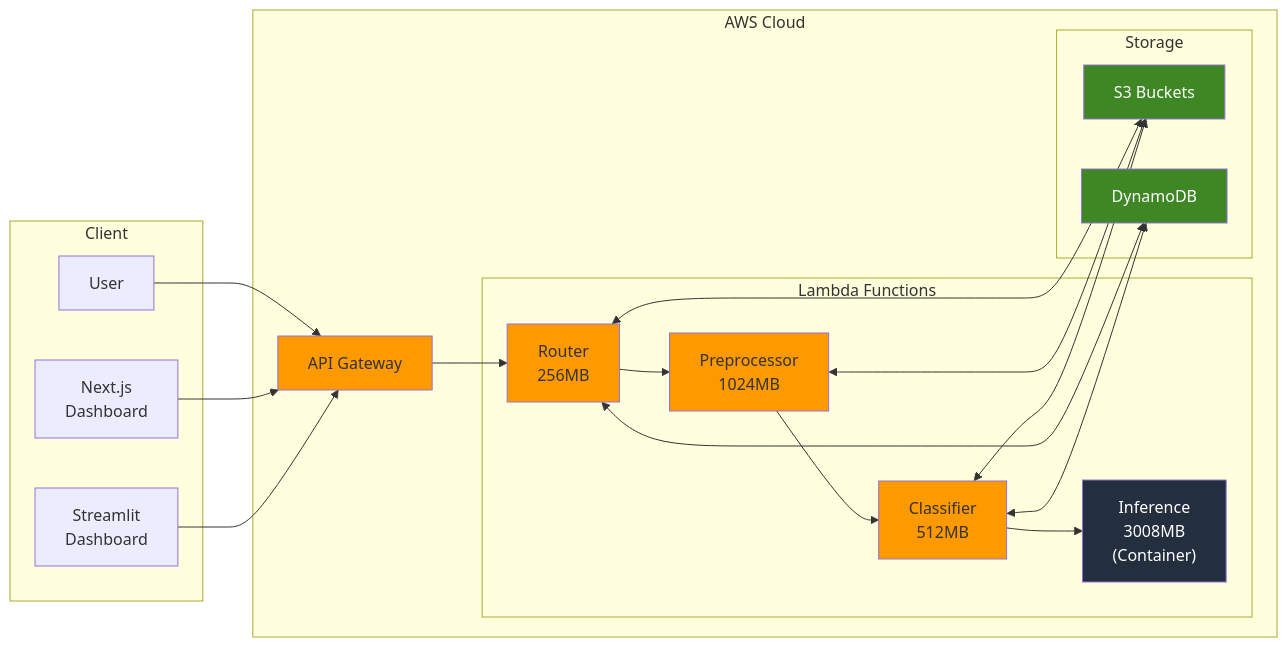
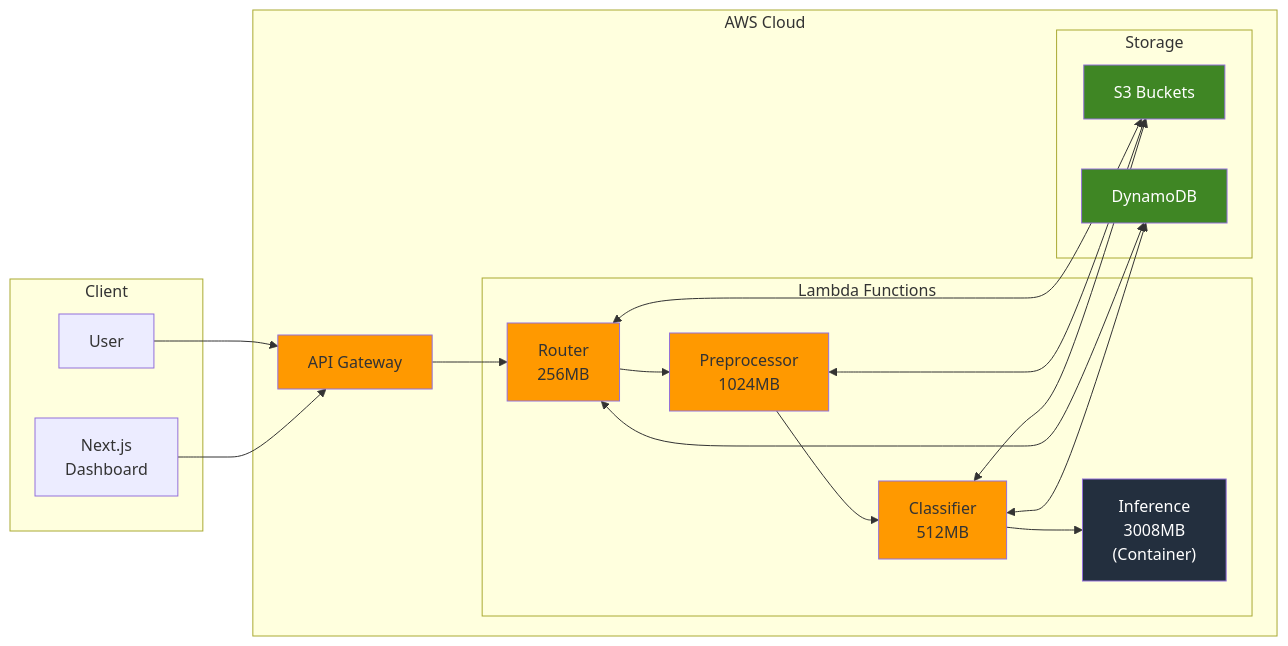
One commit to TyLuHow/ReefRadar changed the diagram in README.md. Above: the diagram before and after it, drawn with Mermaid. The commit also changed other lines of this file and 2 other files, not shown here.

````diff
--- a/README.md
+++ b/README.md
@@ -36,45 +36,43 @@
 ```mermaid
 flowchart LR
     subgraph Client
         User["User"]
         NextJS["Next.js<br/>Dashboard"]
-        Streamlit["Streamlit<br/>Dashboard"]
     end
 
     subgraph AWS["AWS Cloud"]
         APIGW["API Gateway"]
 
         subgraph Lambda["Lambda Functions"]
             Router["Router<br/>256MB"]
             Preproc["Preprocessor<br/>1024MB"]
             Class["Classifier<br/>512MB"]
             Infer["Inference<br/>3008MB<br/>(Container)"]
         end
 
         subgraph Storage
             S3["S3 Buckets"]
             DDB["DynamoDB"]
         end
     end
 
     User --> APIGW
     NextJS --> APIGW
-    Streamlit --> APIGW
     APIGW --> Router
     Router --> Preproc
     Preproc --> Class
     Class --> Infer
     Router <--> S3
     Router <--> DDB
     Preproc <--> S3
     Class <--> S3
     Class <--> DDB
 
     style APIGW fill:#ff9900
     style Router fill:#ff9900
     style Preproc fill:#ff9900
     style Class fill:#ff9900
     style Infer fill:#232f3e,color:#fff
     style S3 fill:#3f8624,color:#fff
     style DDB fill:#3f8624,color:#fff
 ```
````
